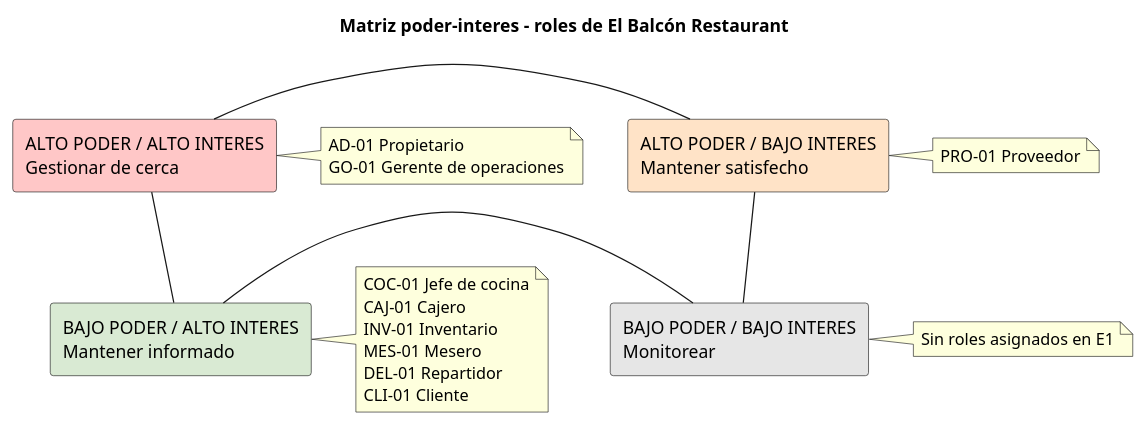
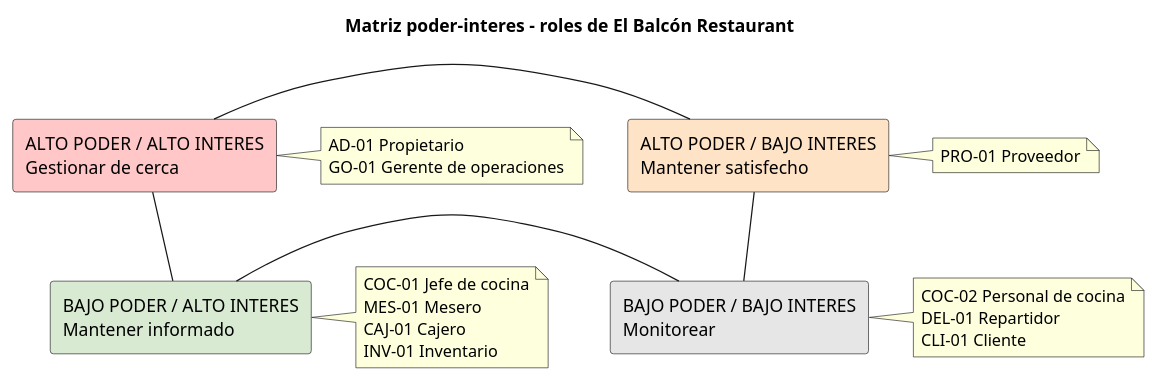
The diagram in PFC/E1/modelos/poder_interes.puml (Roselyn15/ISR-401-NRS), drawn with PlantUML before and after one commit.

Commit message:
Remove duplicate note for Mesero and clean up notes

```diff
--- a/PFC/E1/modelos/poder_interes.puml
+++ b/PFC/E1/modelos/poder_interes.puml
@@ -1,32 +1,32 @@
 @startuml
 title Matriz poder-interes - roles de El Balcón Restaurant
 
 rectangle "ALTO PODER / ALTO INTERES\nGestionar de cerca" as Q1 #FFC7C7
 rectangle "ALTO PODER / BAJO INTERES\nMantener satisfecho" as Q2 #FFE3C7
 rectangle "BAJO PODER / ALTO INTERES\nMantener informado" as Q3 #D9EAD3
 rectangle "BAJO PODER / BAJO INTERES\nMonitorear" as Q4 #E6E6E6
 
 Q1 -down- Q3
 Q2 -down- Q4
 Q1 -right- Q2
 Q3 -right- Q4
 
 note right of Q1
   AD-01 Propietario
   GO-01 Gerente de operaciones
 end note
 note right of Q2
   PRO-01 Proveedor
 end note
 note right of Q3
   COC-01 Jefe de cocina
+  MES-01 Mesero
   CAJ-01 Cajero
   INV-01 Inventario
-  MES-01 Mesero
+end note
+note right of Q4
+  COC-02 Personal de cocina
   DEL-01 Repartidor
   CLI-01 Cliente
 end note
-note right of Q4
-  Sin roles asignados en E1
-end note
 @enduml
```
